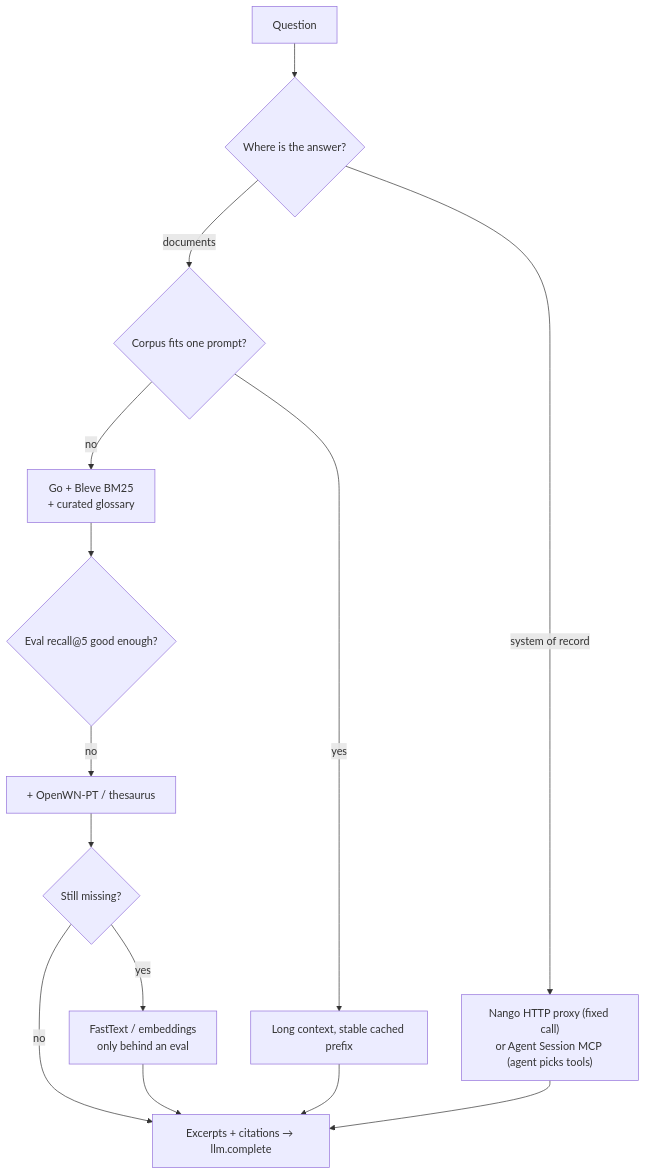
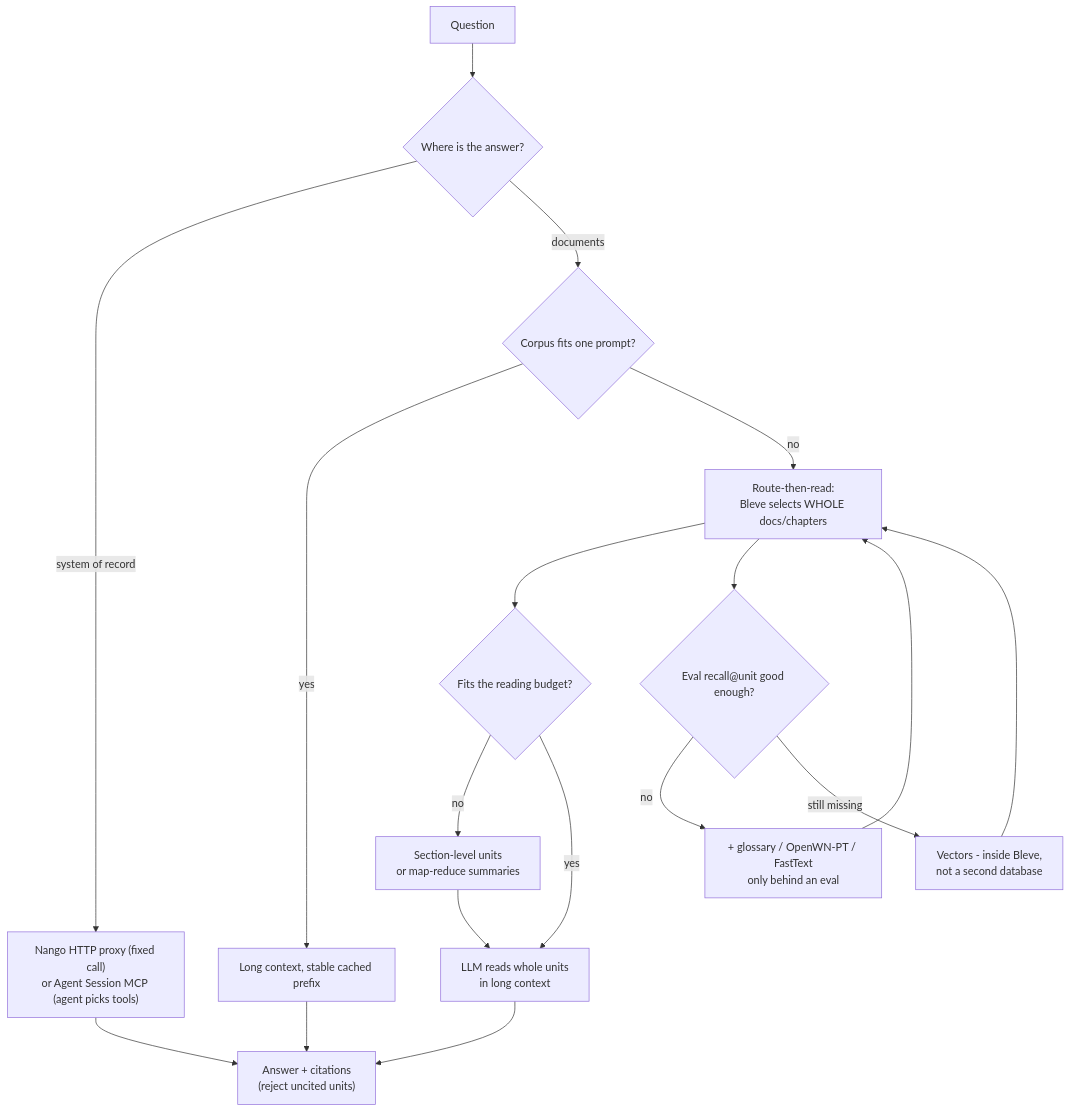
Before and after one commit to calionauta/turvez: the seventh of 7 diagrams in docs/workflows.md, drawn with Mermaid. The commit also changed other lines of this file and 7 other files, not shown here.

First line of the commit message:
docs: route with Bleve to whole units, then read them

````diff
--- a/docs/workflows.md
+++ b/docs/workflows.md
@@ -148,16 +148,20 @@
 ```mermaid
 flowchart TD
     Q["Question"] --> S{"Where is the answer?"}
     S -->|"system of record"| P["Nango HTTP proxy (fixed call)<br/>or Agent Session MCP (agent picks tools)"]
     S -->|"documents"| L{"Corpus fits one prompt?"}
     L -->|"yes"| LC["Long context, stable cached prefix"]
-    L -->|"no"| IX["Go + Bleve BM25<br/>+ curated glossary"]
-    IX --> EV{"Eval recall@5 good enough?"}
-    EV -->|"no"| WN["+ OpenWN-PT / thesaurus"]
-    WN --> EV2{"Still missing?"}
-    EV2 -->|"no"| ANS["Excerpts + citations → llm.complete"]
-    EV2 -->|"yes"| FT["FastText / embeddings<br/>only behind an eval"]
-    FT --> ANS
+    L -->|"no"| RT["Route-then-read:<br/>Bleve selects WHOLE docs/chapters"]
+    RT --> BUD{"Fits the reading budget?"}
+    BUD -->|"no"| SEC["Section-level units<br/>or map-reduce summaries"]
+    BUD -->|"yes"| READ["LLM reads whole units<br/>in long context"]
+    SEC --> READ
+    RT --> EV{"Eval recall@unit good enough?"}
+    EV -->|"no"| WN["+ glossary / OpenWN-PT / FastText<br/>only behind an eval"]
+    WN --> RT
+    EV -->|"still missing"| VEC["Vectors - inside Bleve,<br/>not a second database"]
+    VEC --> RT
+    READ --> ANS["Answer + citations<br/>(reject uncited units)"]
     LC --> ANS
     P --> ANS
 ```
````
